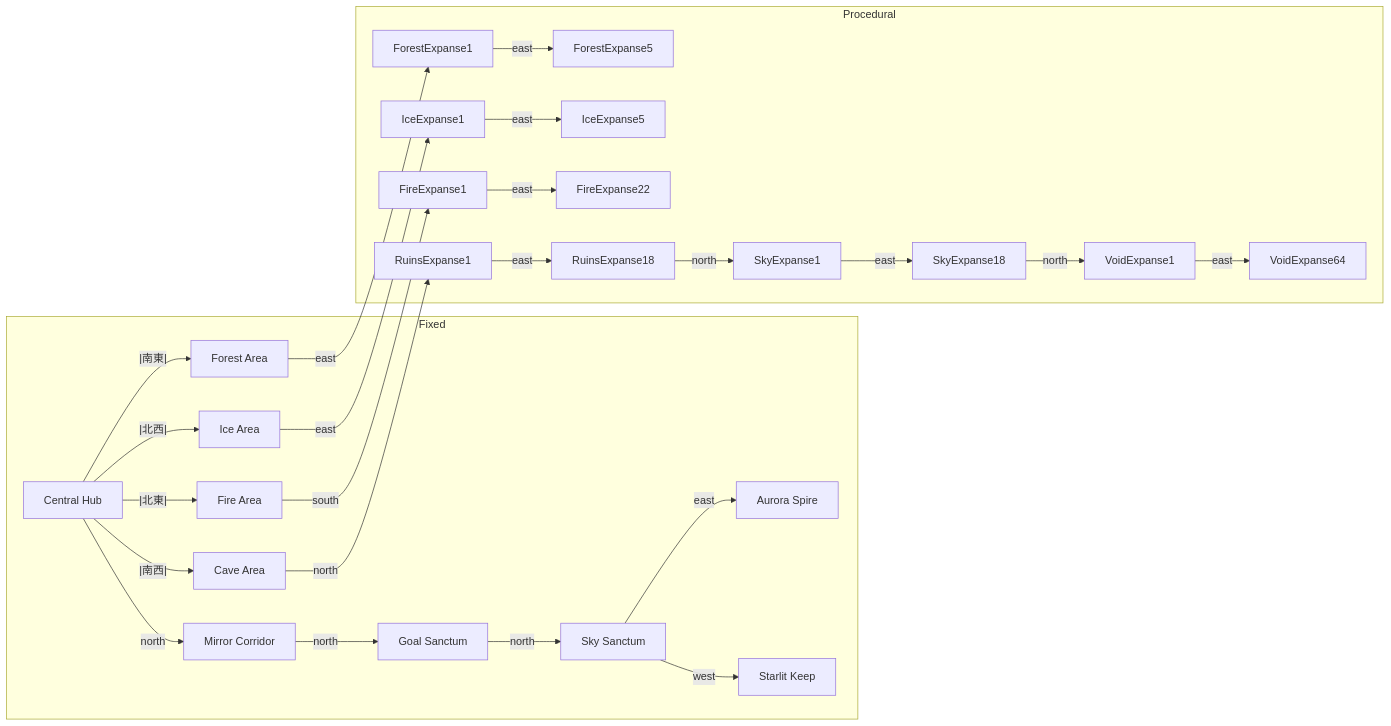
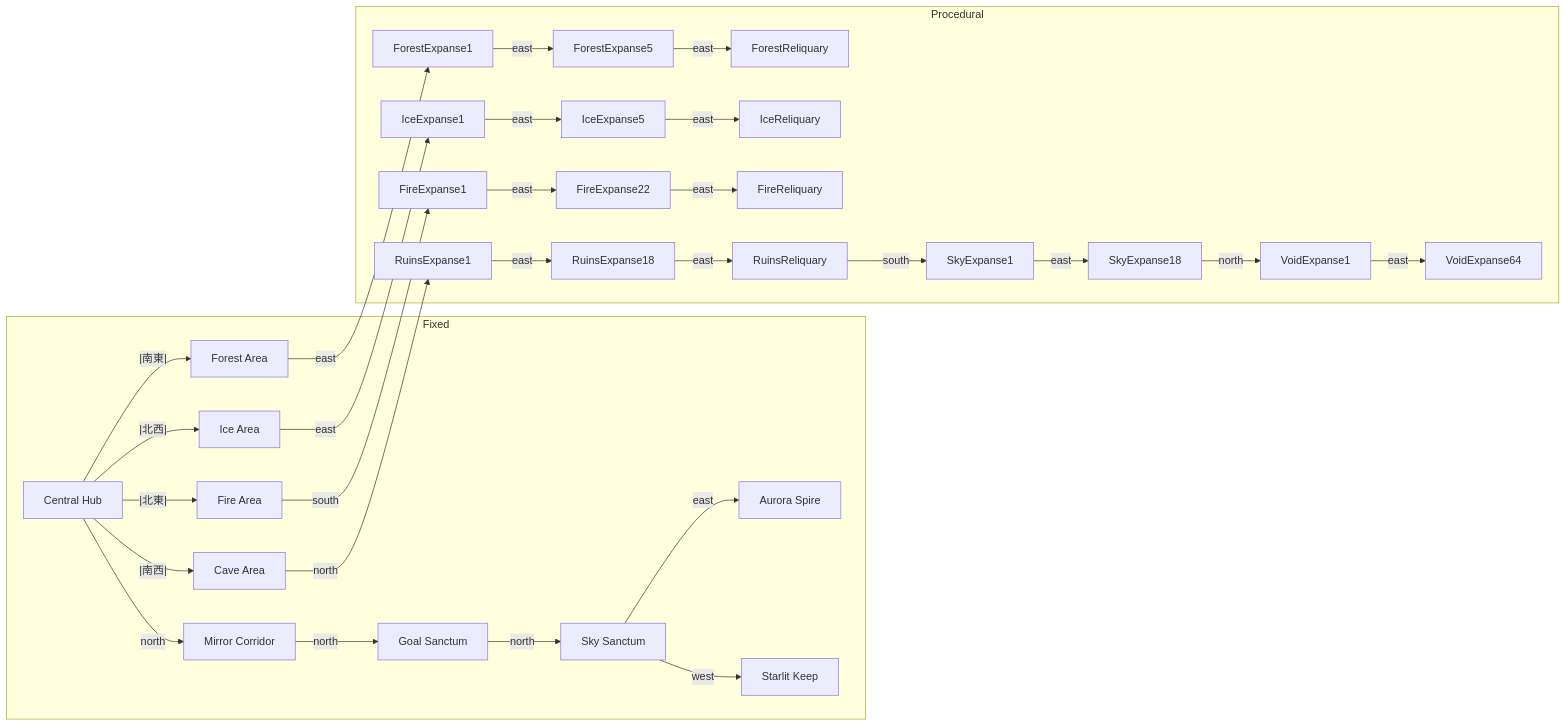
One commit to penpenguin/fake-kirdy changed the diagram in docs/map-structure.md. Above: the diagram before and after it, drawn with Mermaid. The commit also changed other lines of this file and 15 other files, not shown here.

````diff
--- a/docs/map-structure.md
+++ b/docs/map-structure.md
@@ -77,37 +81,37 @@
 ```mermaid
 graph LR
   subgraph Fixed
     CH[Central Hub]
     MC[Mirror Corridor]
     IA[Ice Area]
     FA[Forest Area]
     CA[Cave Area]
     FIRE[Fire Area]
     GOAL[Goal Sanctum]
     SKY[Sky Sanctum]
     AS[Aurora Spire]
     SK[Starlit Keep]
   end
 
   CH -- north --> MC
   MC -- north --> GOAL -- north --> SKY
   CH --|北東|--> FIRE
   CH --|北西|--> IA
   CH --|南東|--> FA
   CH --|南西|--> CA
   FIRE -- south --> FireExpanse1
   SKY -- east --> AS
   SKY -- west --> SK
   FA -- east --> ForestExpanse1
   IA -- east --> IceExpanse1
   CA -- north --> RuinsExpanse1
 
   subgraph Procedural
-    ForestExpanse1 -- east --> ForestExpanse5
-    IceExpanse1 -- east --> IceExpanse5
-    FireExpanse1 -- east --> FireExpanse22
-    RuinsExpanse1 -- east --> RuinsExpanse18
-    RuinsExpanse18 -- north --> SkyExpanse1 -- east --> SkyExpanse18
+    ForestExpanse1 -- east --> ForestExpanse5 -- east --> ForestReliquary
+    IceExpanse1 -- east --> IceExpanse5 -- east --> IceReliquary
+    FireExpanse1 -- east --> FireExpanse22 -- east --> FireReliquary
+    RuinsExpanse1 -- east --> RuinsExpanse18 -- east --> RuinsReliquary
+    RuinsReliquary -- south --> SkyExpanse1 -- east --> SkyExpanse18
     SkyExpanse18 -- north --> VoidExpanse1 -- east --> VoidExpanse64
   end
 ```
````
